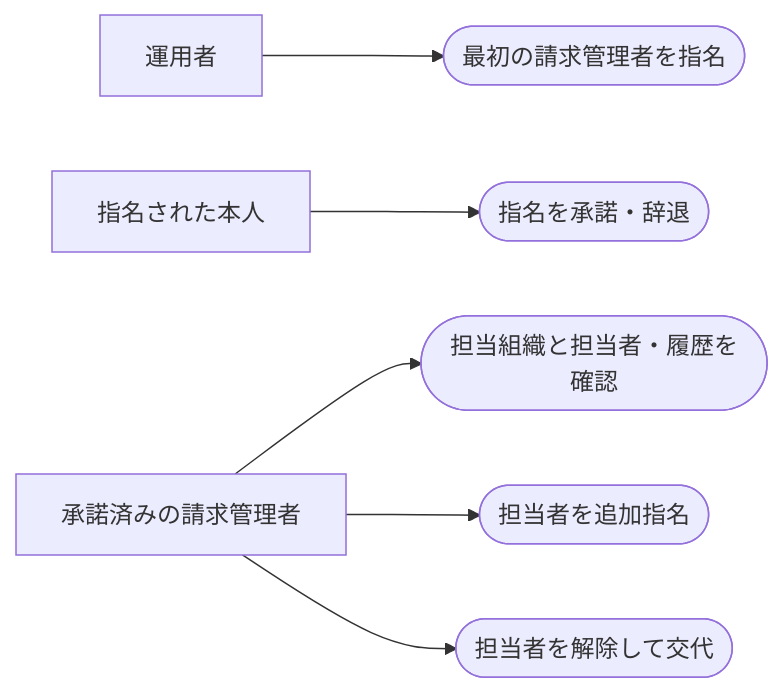
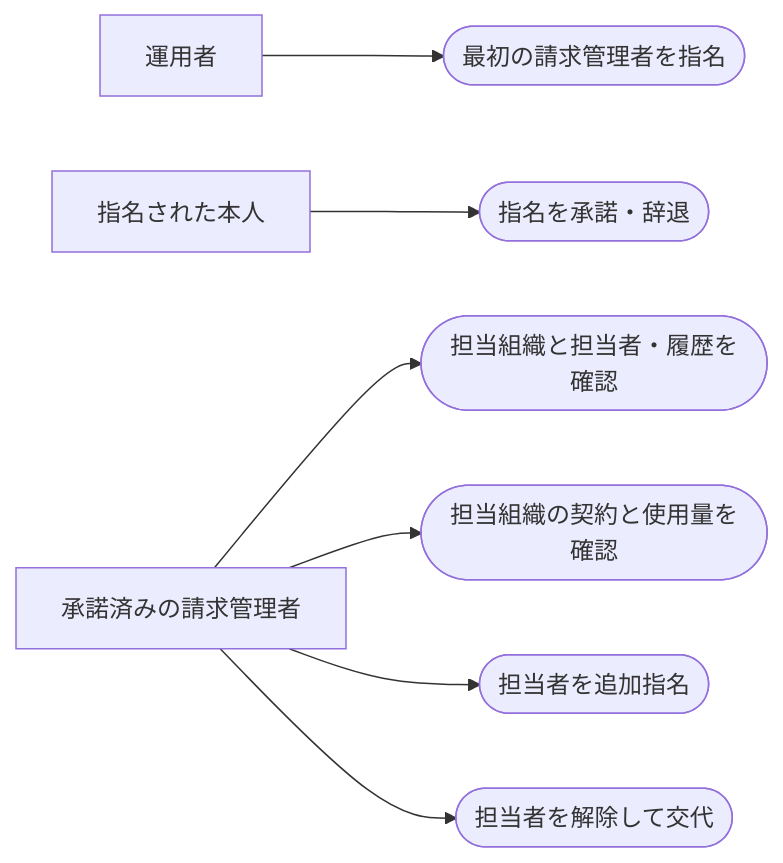
One commit to banmen-dev/app changed the diagram in docs/use-cases.md. Above: the diagram before and after it, drawn with Mermaid. The commit also changed other lines of this file and 8 other files, not shown here.

````diff
--- a/docs/use-cases.md
+++ b/docs/use-cases.md
@@ -42,8 +42,9 @@
 ```mermaid
 flowchart LR
   operator[運用者] --> bootstrap([最初の請求管理者を指名])
   account[指名された本人] --> respond([指名を承諾・辞退])
   billing[承諾済みの請求管理者] --> list([担当組織と担当者・履歴を確認])
+  billing --> contract([担当組織の契約と使用量を確認])
   billing --> invite([担当者を追加指名])
   billing --> remove([担当者を解除して交代])
 ```
````
